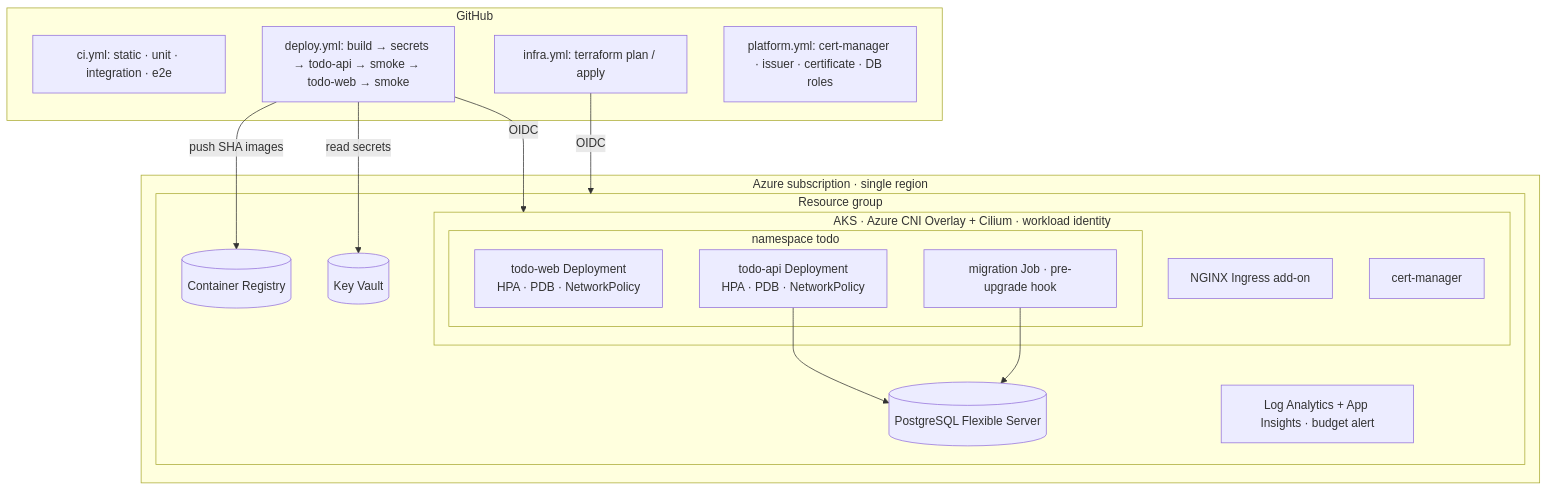
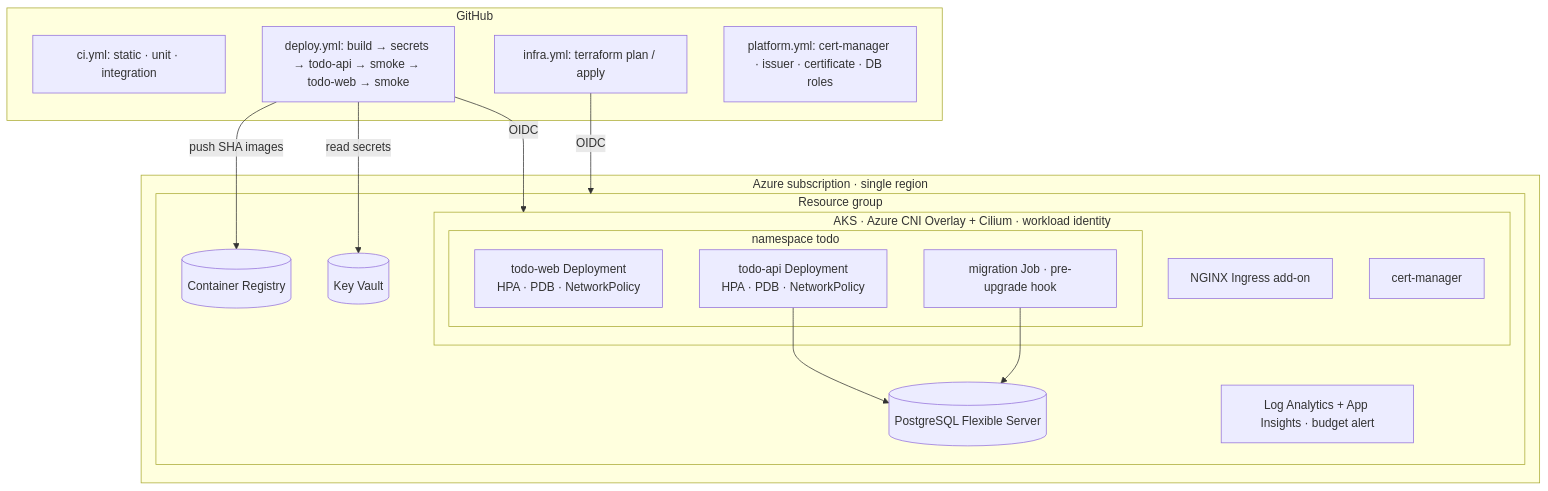
The third of 8 diagrams in docs/architecture.md (ring9834/MyTodos), drawn with Mermaid before and after one commit. The commit also changed other lines of this file and 9 other files, not shown here.

Commit message:
updated some architecture decision, like deferred to use Playwright,k6

````diff
--- a/docs/architecture.md
+++ b/docs/architecture.md
@@ -171,32 +171,32 @@
 ```mermaid
 flowchart TB
     subgraph GH[GitHub]
-        CI[ci.yml: static · unit · integration · e2e]
+        CI[ci.yml: static · unit · integration]
         DEP[deploy.yml: build → secrets → todo-api → smoke → todo-web → smoke]
         INF[infra.yml: terraform plan / apply]
         PLT[platform.yml: cert-manager · issuer · certificate · DB roles]
     end
     subgraph AZ[Azure subscription · single region]
         subgraph RG[Resource group]
             subgraph K[AKS · Azure CNI Overlay + Cilium · workload identity]
                 ING[NGINX Ingress add-on]
                 subgraph NS[namespace todo]
                     WEB[todo-web Deployment<br/>HPA · PDB · NetworkPolicy]
                     API[todo-api Deployment<br/>HPA · PDB · NetworkPolicy]
                     MJ[migration Job · pre-upgrade hook]
                 end
                 CM[cert-manager]
             end
             PG[(PostgreSQL Flexible Server)]
             ACR[(Container Registry)]
             KV[(Key Vault)]
             MON[Log Analytics + App Insights · budget alert]
         end
     end
     DEP -- OIDC --> K
     DEP -- push SHA images --> ACR
     DEP -- read secrets --> KV
     INF -- OIDC --> RG
     API --> PG
     MJ --> PG
 ```
````
